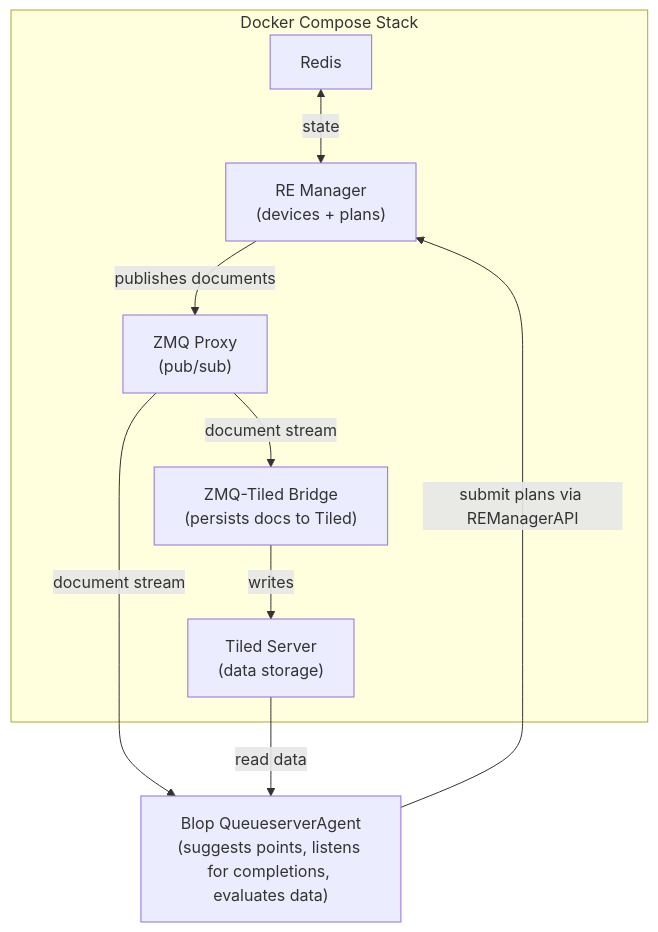
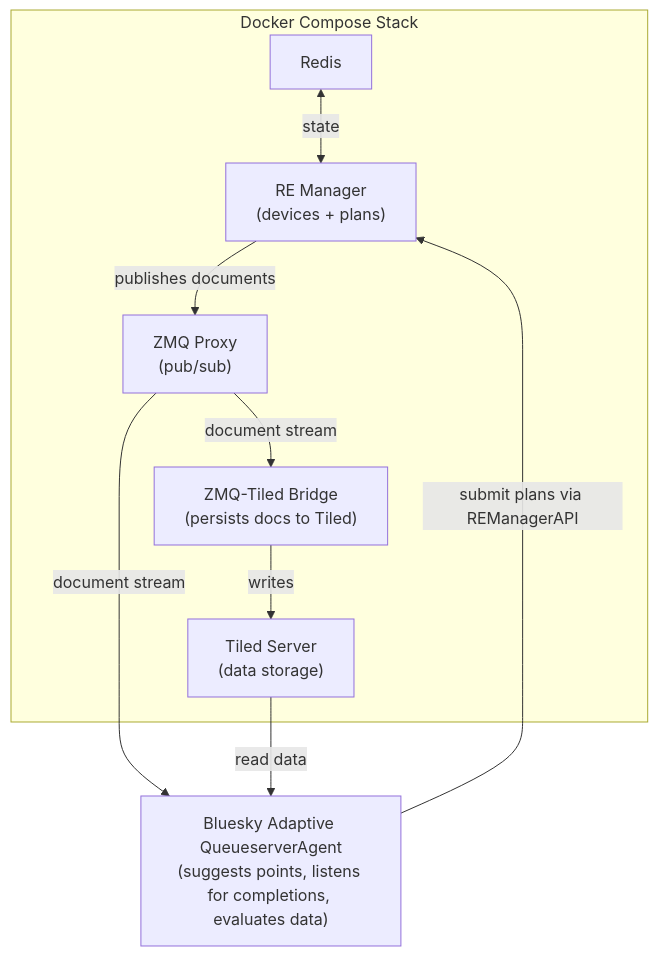
Before and after one commit to bluesky/bluesky-adaptive: the diagram in docs/source/tutorials/queueserver.md, drawn with Mermaid. The commit also changed other lines of this file and 135 other files, not shown here.

Commit message:
Rename blop to bluesky-adaptive

````diff
--- a/docs/source/tutorials/queueserver.md
+++ b/docs/source/tutorials/queueserver.md
@@ -34,21 +34,21 @@
 ```{mermaid}
 flowchart
     subgraph docker["Docker Compose Stack"]
         redis["Redis"]
         rem["RE Manager<br/>(devices + plans)"]
         zmqp["ZMQ Proxy<br/>(pub/sub)"]
         bridge["ZMQ-Tiled Bridge<br/>(persists docs to Tiled)"]
         tiled["Tiled Server<br/>(data storage)"]
 
         redis <-->|state| rem
         rem -->|publishes documents| zmqp
         zmqp -->|document stream| bridge
         bridge -->|writes| tiled
     end
 
-    agent["Blop QueueserverAgent<br/>(suggests points, listens for completions, evaluates data)"]
+    agent["Bluesky Adaptive QueueserverAgent<br/>(suggests points, listens for completions, evaluates data)"]
 
     agent -->|submit plans via REManagerAPI| rem
     zmqp -->|document stream| agent
     tiled -->|read data| agent
 ```
````
